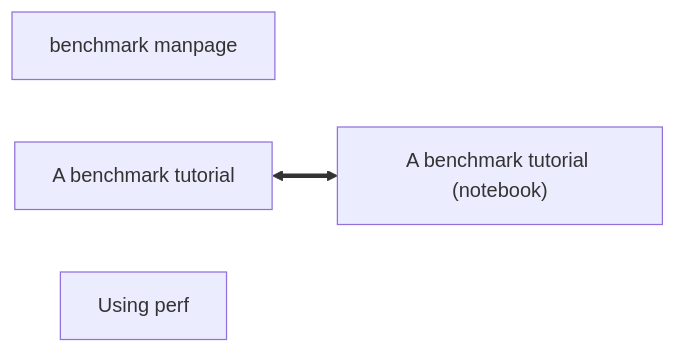
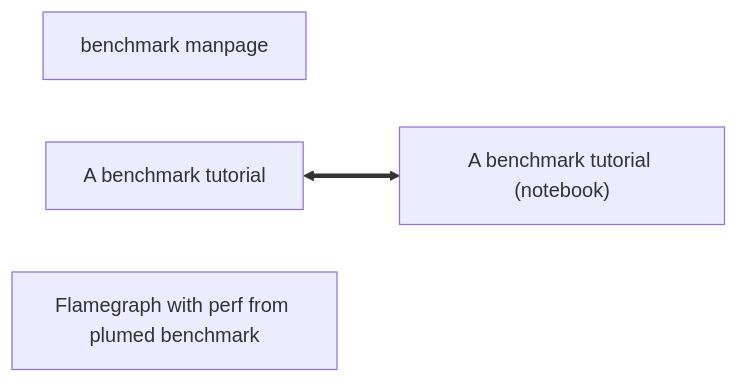
The diagram in NAVIGATION.md (Iximiel/plumed-school-benchmark), drawn with Mermaid before and after one commit. The commit also changed other lines of this file and 7 other files, not shown here.

Commit message:
added the perf+flame example

````diff
--- a/NAVIGATION.md
+++ b/NAVIGATION.md
@@ -8,13 +13,13 @@
 ```mermaid
 flowchart LR
 A[benchmark manpage]
 B[A benchmark tutorial]
 C["A benchmark tutorial (notebook)"]
-D["Using perf"]
+D["Flamegraph with perf from plumed benchmark"]
 
 B <==> C
 click A "README.md" "A manpage for plumed benchmark"
 click B "Tutorial.md" "A tutorial on the coordination"
 click C "Tutorial.ipynb" "The notebook with the scripts relative to the tutorial on the coordination"
-click D "Perf.md" "A simple tutorial for using perf"
+click D "Perf.md" "A simple tutorial creating a flame graph using perf"
 ```
````
